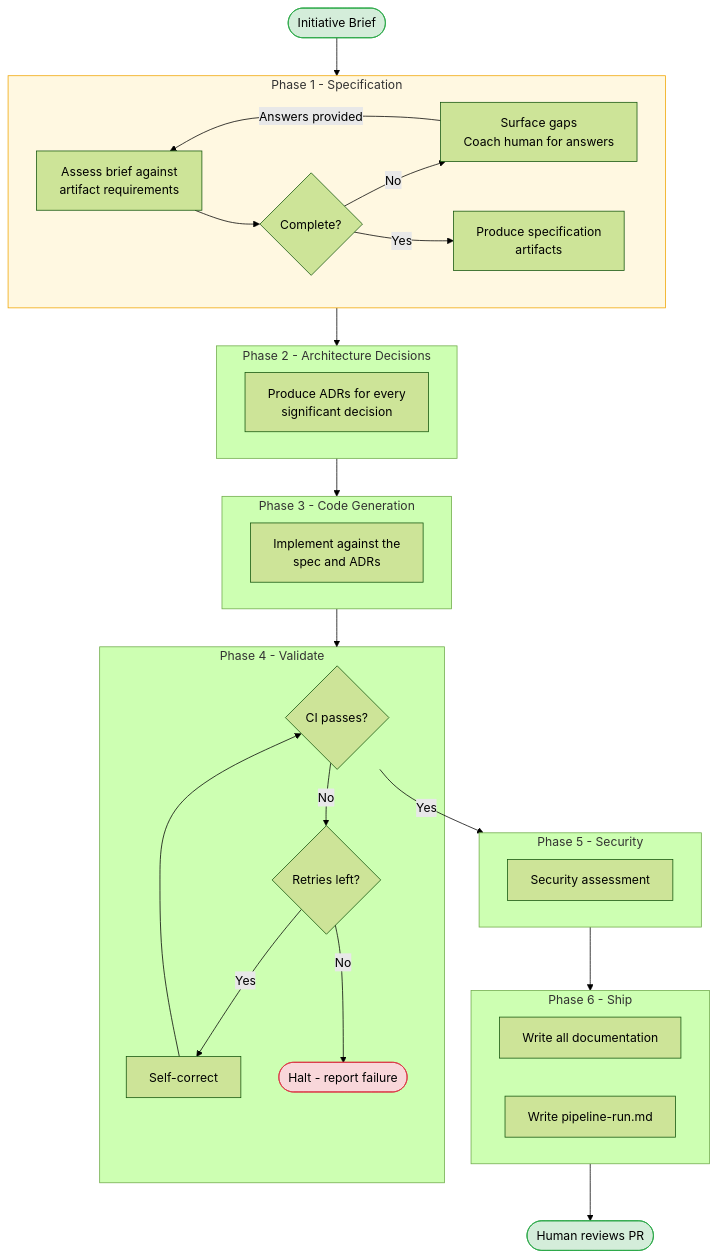
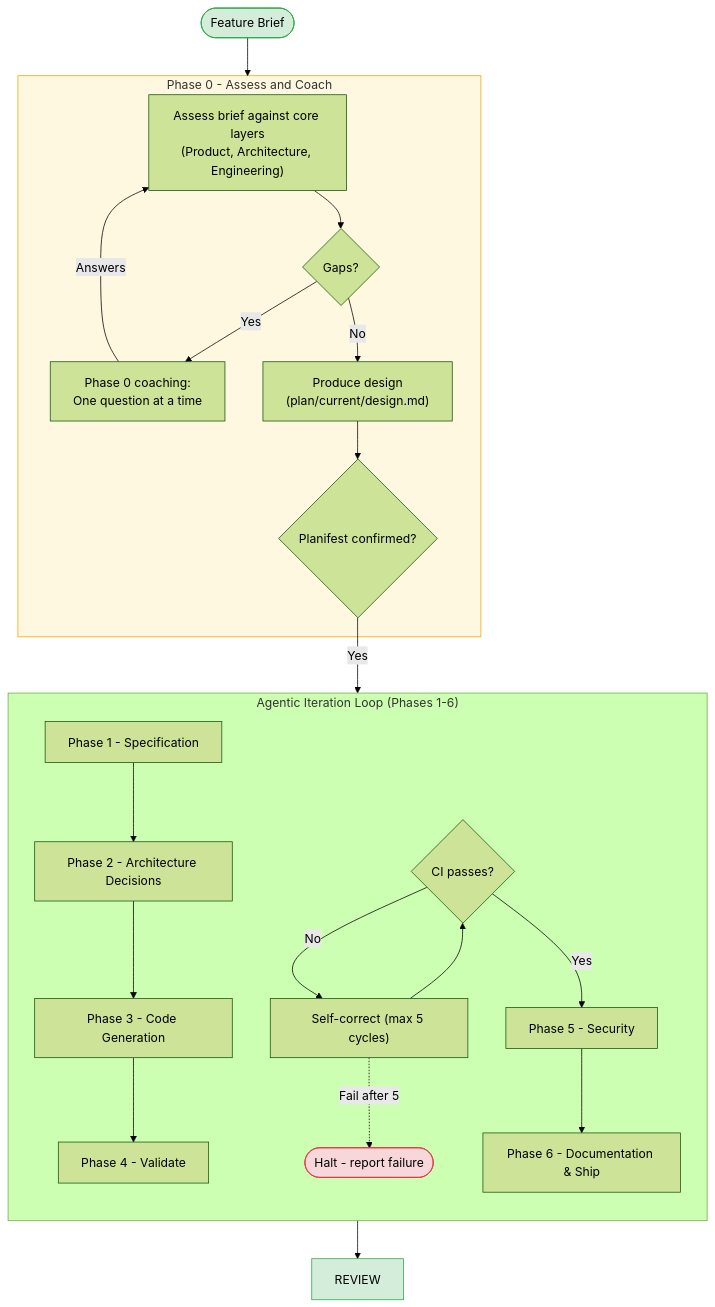
Before and after one commit to planifest/planifest-website: the first of 2 diagrams in planifest-docs/p015-planifest-pipeline.md, drawn with Mermaid (forest theme). The commit also changed other lines of this file and 6 other files, not shown here.

````diff
--- a/planifest-docs/p015-planifest-pipeline.md
+++ b/planifest-docs/p015-planifest-pipeline.md
@@ -37,53 +44,47 @@
 ```mermaid
 flowchart TD
-    BRIEF([Initiative Brief]) --> PHASE1
+    BRIEF([Feature Brief]) --> PHASE0
 
-    subgraph PHASE1["Phase 1 - Specification"]
-        ASSESS["Assess brief against\nartifact requirements"]
-        COMPLETE{"Complete?"}
-        COACH["Surface gaps\nCoach human for answers"]
-        SPEC["Produce specification\nartifacts"]
-        ASSESS --> COMPLETE
-        COMPLETE -->|No| COACH
-        COACH -->|Answers provided| ASSESS
-        COMPLETE -->|Yes| SPEC
+    subgraph PHASE0["Phase 0 - Assess and Coach"]
+        ASSESS["Assess brief against core layers\n(Product, Architecture, Engineering)"]
+        GAPS{"Gaps?"}
+        COACH["Phase 0 coaching:\nOne question at a time"]
+        DESIGN["Produce design\n(plan/current/design.md)"]
+        CONFIRM{"Planifest confirmed?"}
+        
+        ASSESS --> GAPS
+        GAPS -->|Yes| COACH
+        COACH -->|Answers| ASSESS
+        GAPS -->|No| DESIGN
+        DESIGN --> CONFIRM
     end
 
-    subgraph PHASE2["Phase 2 - Architecture Decisions"]
-        ADR["Produce ADRs for every\nsignificant decision"]
+    CONFIRM -->|Yes| LOOP
+    
+    subgraph LOOP["Agentic Iteration Loop (Phases 1-6)"]
+        direction TB
+        PHASE1[Phase 1 - Specification]
+        PHASE2[Phase 2 - Architecture Decisions]
+        PHASE3[Phase 3 - Code Generation]
+        PHASE4[Phase 4 - Validate]
+        PHASE5[Phase 5 - Security]
+        PHASE6[Phase 6 - Documentation & Ship]
+        
+        PHASE1 --> PHASE2 --> PHASE3 --> PHASE4
+        CHECK{"CI passes?"}
+        FIX["Self-correct (max 5 cycles)"]
+        HALT(["Halt - report failure"])
+        
+        CHECK -->|Yes| PHASE5
+        CHECK -->|No| FIX --> CHECK
+        FIX -.->|Fail after 5| HALT
+        PHASE5 --> PHASE6
     end
 
-    subgraph PHASE3["Phase 3 - Code Generation"]
-        CODE["Implement against the\nspec and ADRs"]
-    end
-
-    subgraph PHASE4["Phase 4 - Validate"]
-        CHECK{"CI passes?"}
-        FIX["Self-correct"]
-        RETRY{"Retries left?"}
-        HALT(["Halt - report failure"])
-    end
-
-    subgraph PHASE5["Phase 5 - Security"]
-        SEC["Security assessment"]
-    end
-
-    subgraph PHASE6["Phase 6 - Ship"]
-        DOCS["Write all documentation"]
-        RUN["Write pipeline-run.md"]
-    end
-
-    REVIEW(["Human reviews PR"])
-
-    PHASE1 --> PHASE2 --> PHASE3 --> PHASE4
-    CHECK -->|Yes| PHASE5
-    CHECK -->|No| RETRY
-    RETRY -->|Yes| FIX --> CHECK
-    RETRY -->|No| HALT
-    PHASE5 --> PHASE6 --> REVIEW
+    PHASE6 --> REVIEW
 
     style BRIEF fill:#d4edda,stroke:#28a745,color:#000
     style REVIEW fill:#d4edda,stroke:#28a745,color:#000
     style HALT fill:#f8d7da,stroke:#dc3545,color:#000
-    style PHASE1 fill:#fff8e1,stroke:#f0a500
+    style PHASE0 fill:#fff8e1,stroke:#f0a500
 ```
````
